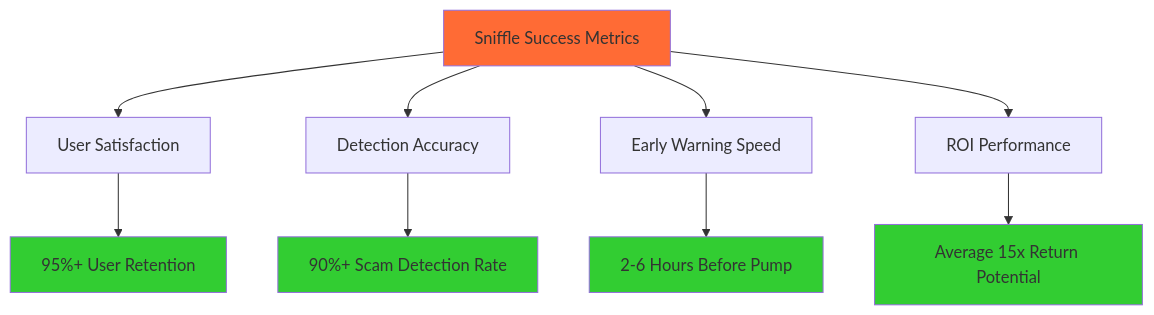
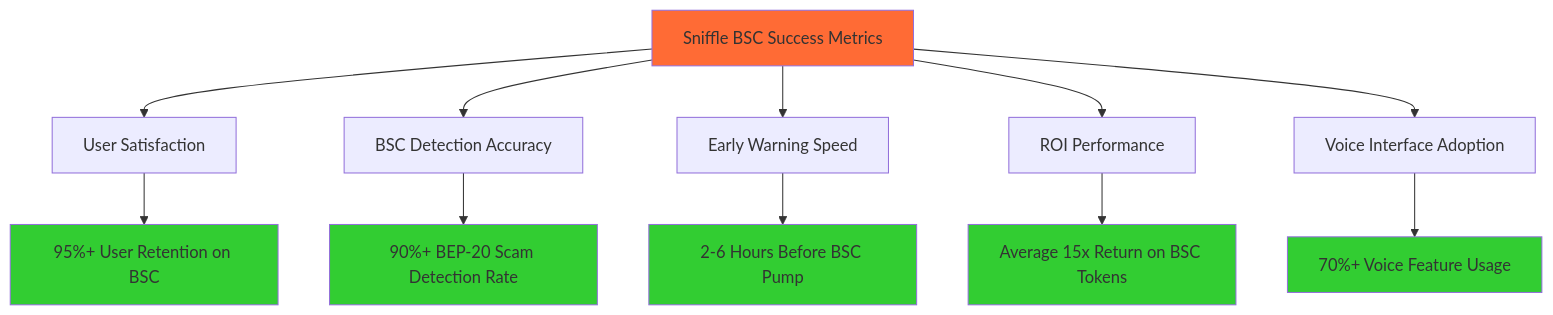
Before and after one commit to Spydiecy/Sniffle_Power: the eighth of 8 diagrams in README.md, drawn with Mermaid. The commit also changed other lines of this file and 1 other file, not shown here.

````diff
--- a/README.md
+++ b/README.md
@@ -366,18 +463,21 @@
 ```mermaid
 graph TD
-    A[Sniffle Success Metrics] --> B[User Satisfaction]
-    A --> C[Detection Accuracy]
+    A[Sniffle BSC Success Metrics] --> B[User Satisfaction]
+    A --> C[BSC Detection Accuracy]
     A --> D[Early Warning Speed]
     A --> E[ROI Performance]
+    A --> F[Voice Interface Adoption]
     
-    B --> F[95%+ User Retention]
-    C --> G[90%+ Scam Detection Rate]
-    D --> H[2-6 Hours Before Pump]
-    E --> I[Average 15x Return Potential]
+    B --> G[95%+ User Retention on BSC]
+    C --> H[90%+ BEP-20 Scam Detection Rate]
+    D --> I[2-6 Hours Before BSC Pump]
+    E --> J[Average 15x Return on BSC Tokens]
+    F --> K[70%+ Voice Feature Usage]
     
     style A fill:#ff6b35
-    style F fill:#32cd32
     style G fill:#32cd32
     style H fill:#32cd32
     style I fill:#32cd32
+    style J fill:#32cd32
+    style K fill:#32cd32
 ```
````
